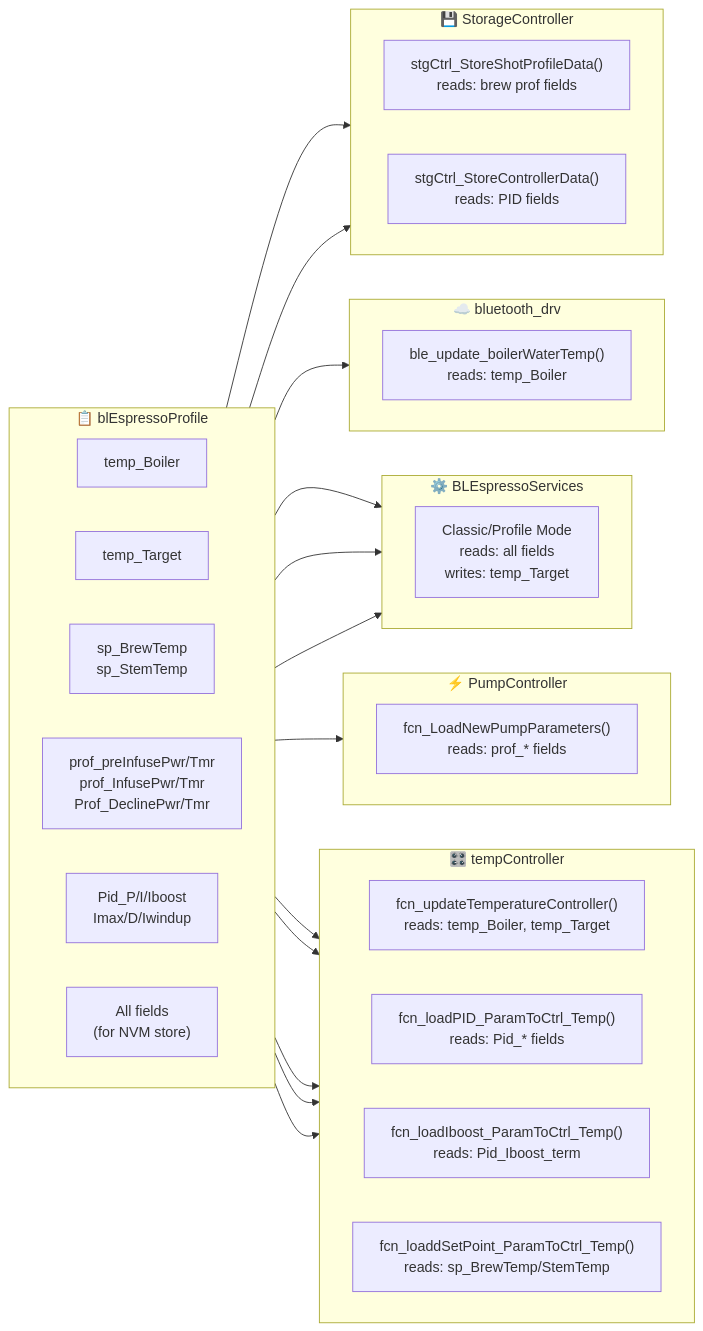
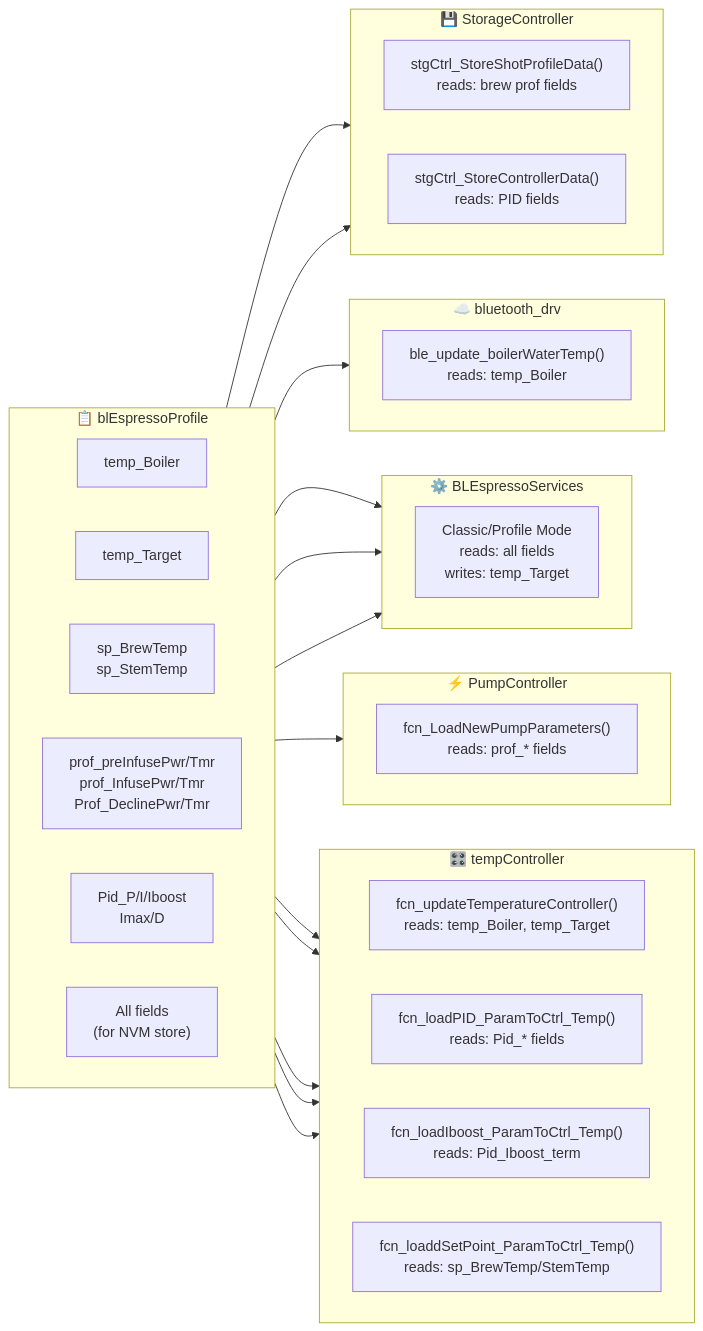
The diagram in docs/architecture/flows/profile-to-modules/profile-to-modules_diagram.mermaid (FranciscoGomezR/GaggiaControllerX), drawn with Mermaid before and after one commit. The commit also changed 31 other files, not shown here.

```diff
--- a/docs/architecture/flows/profile-to-modules/profile-to-modules_diagram.mermaid
+++ b/docs/architecture/flows/profile-to-modules/profile-to-modules_diagram.mermaid
@@ -1,56 +1,56 @@
 flowchart LR
     subgraph profile["📋 blEspressoProfile"]
         direction LR
         TEMP_B["temp_Boiler"]
         TEMP_T["temp_Target"]
         SP_BREW["sp_BrewTemp\nsp_StemTemp"]
         PROF["prof_preInfusePwr/Tmr\nprof_InfusePwr/Tmr\nProf_DeclinePwr/Tmr"]
-        PID_P["Pid_P/I/Iboost\nImax/D/Iwindup"]
+        PID_P["Pid_P/I/Iboost\nImax/D"]
         NVM_F["All fields\n(for NVM store)"]
     end
 
     subgraph tempCtrl["🎛️ tempController"]
         direction LR
         TC_UPD["fcn_updateTemperatureController()\nreads: temp_Boiler, temp_Target"]
         TC_LOAD["fcn_loadPID_ParamToCtrl_Temp()\nreads: Pid_* fields"]
         TC_BOOST["fcn_loadIboost_ParamToCtrl_Temp()\nreads: Pid_Iboost_term"]
         TC_SP["fcn_loaddSetPoint_ParamToCtrl_Temp()\nreads: sp_BrewTemp/StemTemp"]
     end
 
     subgraph pumpCtrl["⚡ PumpController"]
         direction LR
         PC_LOAD["fcn_LoadNewPumpParameters()\nreads: prof_* fields"]
     end
 
     subgraph bleSvcs["⚙️ BLEspressoServices"]
         direction LR
         BS_MODE["Classic/Profile Mode\nreads: all fields\nwrites: temp_Target"]
     end
 
     subgraph btDrv["☁️ bluetooth_drv"]
         direction LR
         BT_TX["ble_update_boilerWaterTemp()\nreads: temp_Boiler"]
     end
 
     subgraph storCtrl["💾 StorageController"]
         direction LR
         SC_SHOT["stgCtrl_StoreShotProfileData()\nreads: brew prof fields"]
         SC_CTRL["stgCtrl_StoreControllerData()\nreads: PID fields"]
     end
 
     TEMP_B --> TC_UPD
     TEMP_T --> TC_UPD
     PID_P --> TC_LOAD
     PID_P --> TC_BOOST
     SP_BREW --> TC_SP
 
     PROF --> PC_LOAD
 
     TEMP_T --> BS_MODE
     SP_BREW --> BS_MODE
     PROF --> BS_MODE
 
     TEMP_B --> BT_TX
 
     NVM_F --> SC_SHOT
     NVM_F --> SC_CTRL
```
